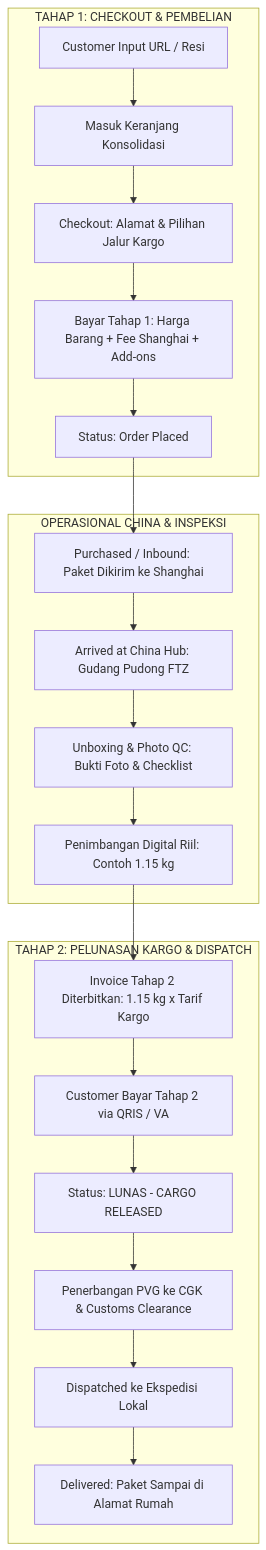
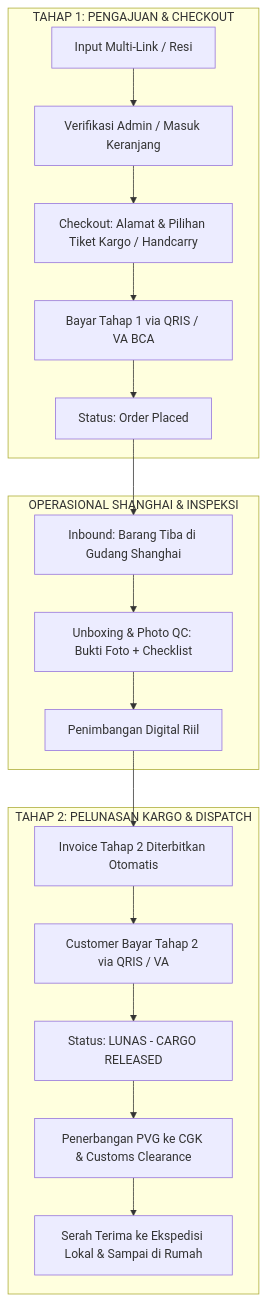
The diagram in README.md (Flypick-Nevermind/fp-store-web), drawn with Mermaid before and after one commit. The commit also changed other lines of this file and 1 other file, not shown here.

Commit message:
docs: update README with comprehensive business model and system architecture details

````diff
--- a/README.md
+++ b/README.md
@@ -79,25 +81,23 @@
 ```mermaid
 flowchart TD
-    subgraph S1 [TAHAP 1: CHECKOUT & PEMBELIAN]
-        A[Customer Input URL / Resi] --> B[Masuk Keranjang Konsolidasi]
-        B --> C[Checkout: Alamat & Pilihan Jalur Kargo]
-        C --> D[Bayar Tahap 1: Harga Barang + Fee Shanghai + Add-ons]
+    subgraph S1 [TAHAP 1: PENGAJUAN & CHECKOUT]
+        A[Input Multi-Link / Resi] --> B[Verifikasi Admin / Masuk Keranjang]
+        B --> C[Checkout: Alamat & Pilihan Tiket Kargo / Handcarry]
+        C --> D[Bayar Tahap 1 via QRIS / VA BCA]
         D --> E[Status: Order Placed]
     end
 
-    subgraph S2 [OPERASIONAL CHINA & INSPEKSI]
-        E --> F[Purchased / Inbound: Paket Dikirim ke Shanghai]
-        F --> G[Arrived at China Hub: Gudang Pudong FTZ]
-        G --> H[Unboxing & Photo QC: Bukti Foto & Checklist]
-        H --> I[Penimbangan Digital Riil: Contoh 1.15 kg]
+    subgraph S2 [OPERASIONAL SHANGHAI & INSPEKSI]
+        E --> F[Inbound: Barang Tiba di Gudang Shanghai]
+        F --> G[Unboxing & Photo QC: Bukti Foto + Checklist]
+        G --> H[Penimbangan Digital Riil]
     end
 
     subgraph S3 [TAHAP 2: PELUNASAN KARGO & DISPATCH]
-        I --> J[Invoice Tahap 2 Diterbitkan: 1.15 kg x Tarif Kargo]
-        J --> K[Customer Bayar Tahap 2 via QRIS / VA]
-        K --> L[Status: LUNAS - CARGO RELEASED]
-        L --> M[Penerbangan PVG ke CGK & Customs Clearance]
-        M --> N[Dispatched ke Ekspedisi Lokal]
-        N --> O[Delivered: Paket Sampai di Alamat Rumah]
+        H --> I[Invoice Tahap 2 Diterbitkan Otomatis]
+        I --> J[Customer Bayar Tahap 2 via QRIS / VA]
+        J --> K[Status: LUNAS - CARGO RELEASED]
+        K --> L[Penerbangan PVG ke CGK & Customs Clearance]
+        L --> M[Serah Terima ke Ekspedisi Lokal & Sampai di Rumah]
     end
 ```
````
